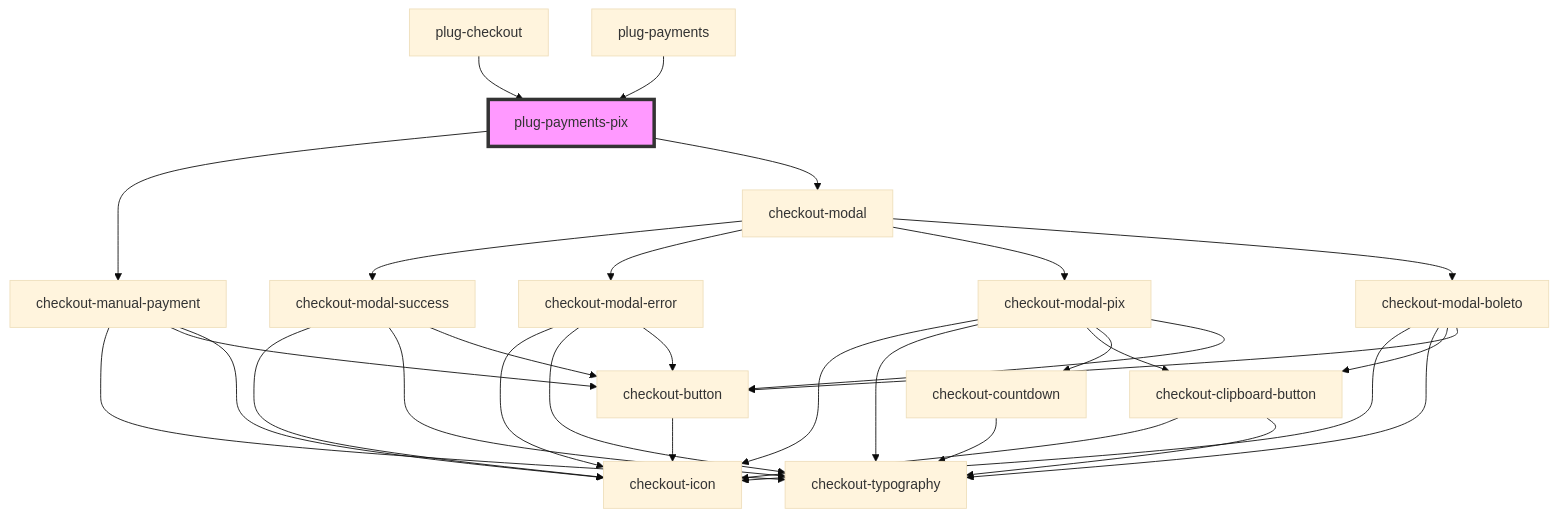
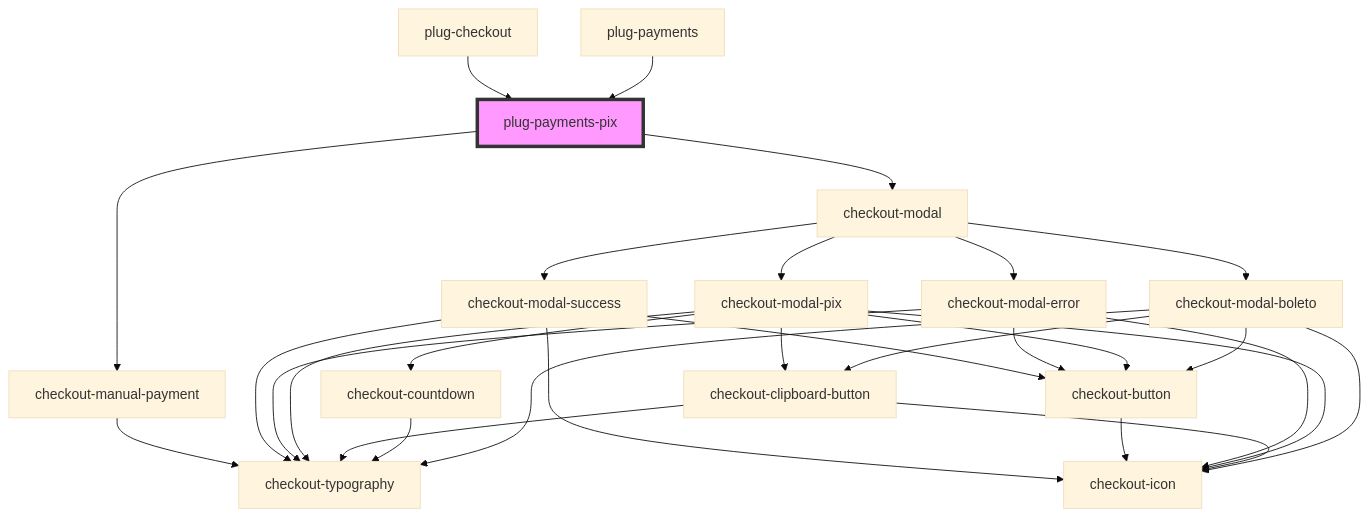
One commit to plughacker/malga-checkout changed the diagram in packages/checkout/core/src/components/plug-payments-pix/readme.md. Above: the diagram before and after it, drawn with Mermaid (base theme). The commit also changed other lines of this file and 7 other files, not shown here.

````diff
--- a/packages/checkout/core/src/components/plug-payments-pix/readme.md
+++ b/packages/checkout/core/src/components/plug-payments-pix/readme.md
@@ -47,34 +19,32 @@
 ```mermaid
 graph TD;
   plug-payments-pix --> checkout-manual-payment
   plug-payments-pix --> checkout-modal
   checkout-manual-payment --> checkout-typography
-  checkout-manual-payment --> checkout-button
-  checkout-manual-payment --> checkout-icon
-  checkout-button --> checkout-icon
   checkout-modal --> checkout-modal-success
   checkout-modal --> checkout-modal-error
   checkout-modal --> checkout-modal-pix
   checkout-modal --> checkout-modal-boleto
   checkout-modal-success --> checkout-icon
   checkout-modal-success --> checkout-typography
   checkout-modal-success --> checkout-button
+  checkout-button --> checkout-icon
   checkout-modal-error --> checkout-icon
   checkout-modal-error --> checkout-typography
   checkout-modal-error --> checkout-button
   checkout-modal-pix --> checkout-icon
   checkout-modal-pix --> checkout-typography
   checkout-modal-pix --> checkout-clipboard-button
   checkout-modal-pix --> checkout-countdown
   checkout-modal-pix --> checkout-button
   checkout-clipboard-button --> checkout-icon
   checkout-clipboard-button --> checkout-typography
   checkout-countdown --> checkout-typography
   checkout-modal-boleto --> checkout-icon
   checkout-modal-boleto --> checkout-typography
   checkout-modal-boleto --> checkout-clipboard-button
   checkout-modal-boleto --> checkout-button
   plug-checkout --> plug-payments-pix
   plug-payments --> plug-payments-pix
   style plug-payments-pix fill:#f9f,stroke:#333,stroke-width:4px
 ```
````
